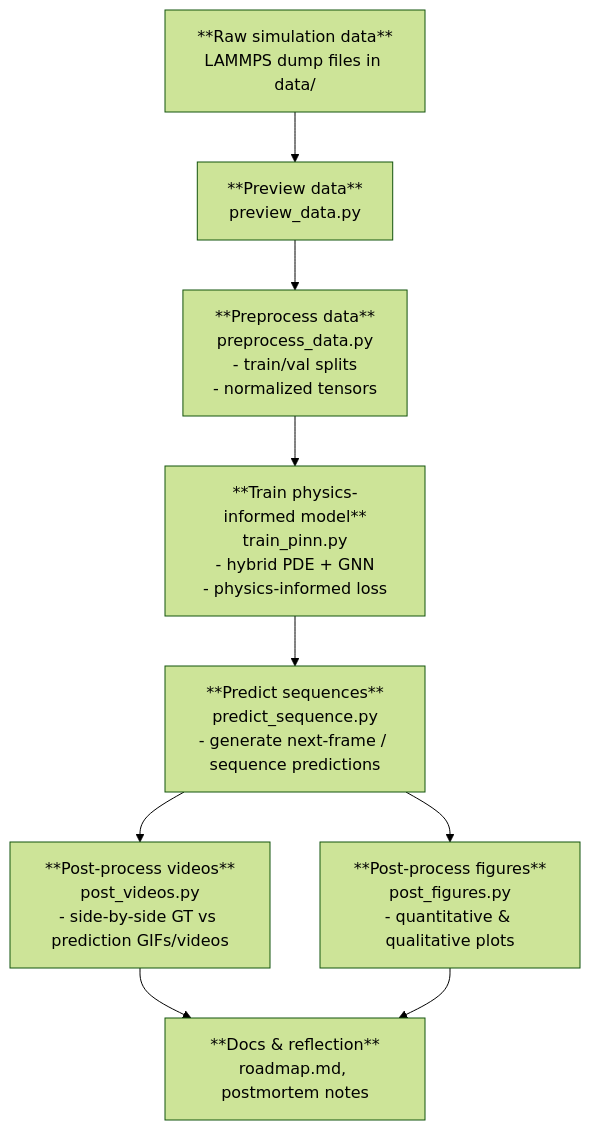
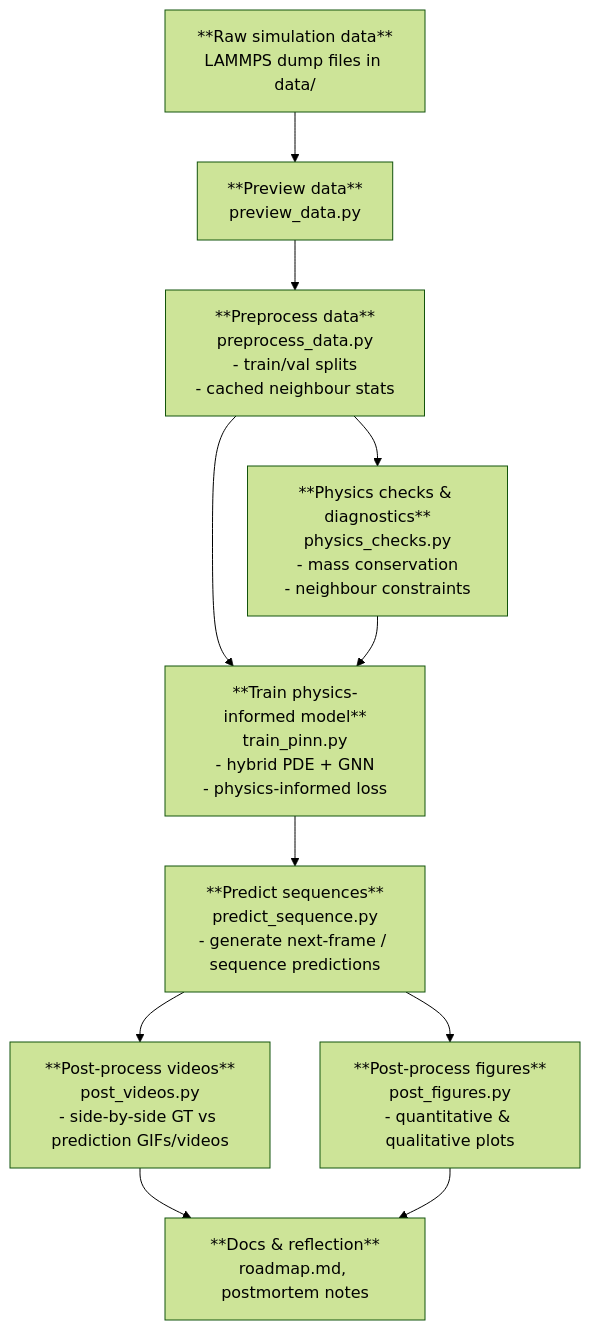
Before and after one commit to wjenkinson/ML_project2: the diagram in README.md, drawn with Mermaid (forest theme). The commit also changed other lines of this file and 41 other files, not shown here.

Commit message:
Physics checks and constraints added. Mass conservation and neighbour constraints (plus stubs for future constraints)

````diff
--- a/README.md
+++ b/README.md
@@ -32,18 +34,21 @@
 ```mermaid
 flowchart TD
 
     A["**Raw simulation data**<br/>LAMMPS dump files in data/"]
 
     A --> B["**Preview data**<br/>preview_data.py"]
-    B --> C["**Preprocess data**<br/>preprocess_data.py<br/>- train/val splits<br/>- normalized tensors"]
+    B --> C["**Preprocess data**<br/>preprocess_data.py<br/>- train/val splits<br/>- cached neighbour stats"]
+
+    C --> PC["**Physics checks & diagnostics**<br/>physics_checks.py<br/>- mass conservation<br/>- neighbour constraints"]
 
     C --> D["**Train physics-informed model**<br/>train_pinn.py<br/>- hybrid PDE + GNN<br/>- physics-informed loss"]
+    PC --> D
 
     D --> E["**Predict sequences**<br/>predict_sequence.py<br/>- generate next-frame / sequence predictions"]
 
     E --> F["**Post-process videos**<br/>post_videos.py<br/>- side-by-side GT vs prediction GIFs/videos"]
     E --> G["**Post-process figures**<br/>post_figures.py<br/>- quantitative & qualitative plots"]
 
     F --> H["**Docs & reflection**<br/>roadmap.md, postmortem notes"]
     G --> H
 ```
````
